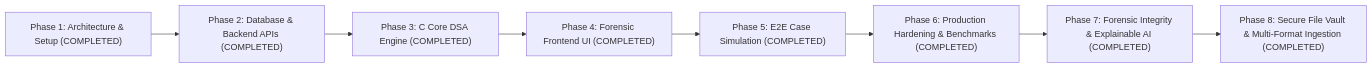
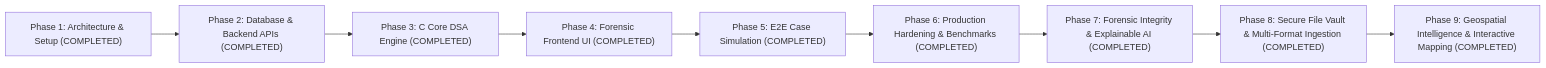
The diagram in DEVELOPMENT_ROADMAP.md (Saravana65/CaseThread), drawn with Mermaid before and after one commit. The commit also changed other lines of this file and 19 other files, not shown here.

Commit message:
feat(phase9): geospatial evidence intelligence, C quadtree spatial index, and interactive forensic mapping

````diff
--- a/DEVELOPMENT_ROADMAP.md
+++ b/DEVELOPMENT_ROADMAP.md
@@ -9,10 +9,11 @@
 ```mermaid
 flowchart LR
     P1["Phase 1: Architecture & Setup (COMPLETED)"] --> P2["Phase 2: Database & Backend APIs (COMPLETED)"]
     P2 --> P3["Phase 3: C Core DSA Engine (COMPLETED)"]
     P3 --> P4["Phase 4: Forensic Frontend UI (COMPLETED)"]
     P4 --> P5["Phase 5: E2E Case Simulation (COMPLETED)"]
     P5 --> P6["Phase 6: Production Hardening & Benchmarks (COMPLETED)"]
     P6 --> P7["Phase 7: Forensic Integrity & Explainable AI (COMPLETED)"]
     P7 --> P8["Phase 8: Secure File Vault & Multi-Format Ingestion (COMPLETED)"]
+    P8 --> P9["Phase 9: Geospatial Intelligence & Interactive Mapping (COMPLETED)"]
 ```
````
